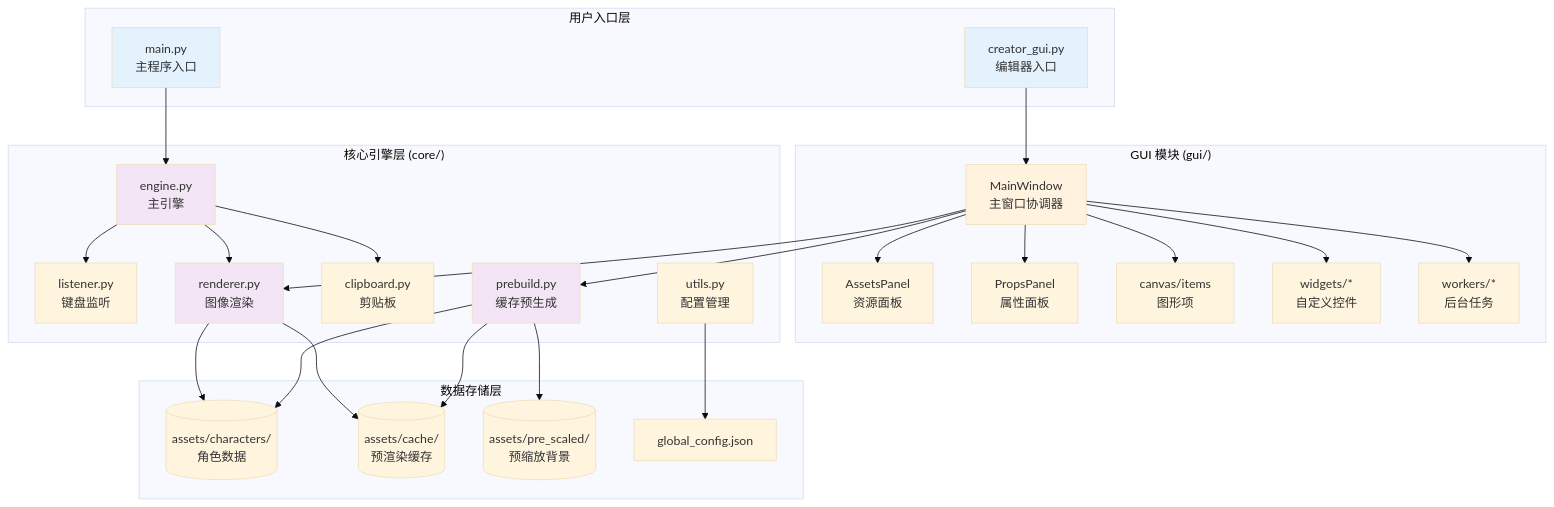
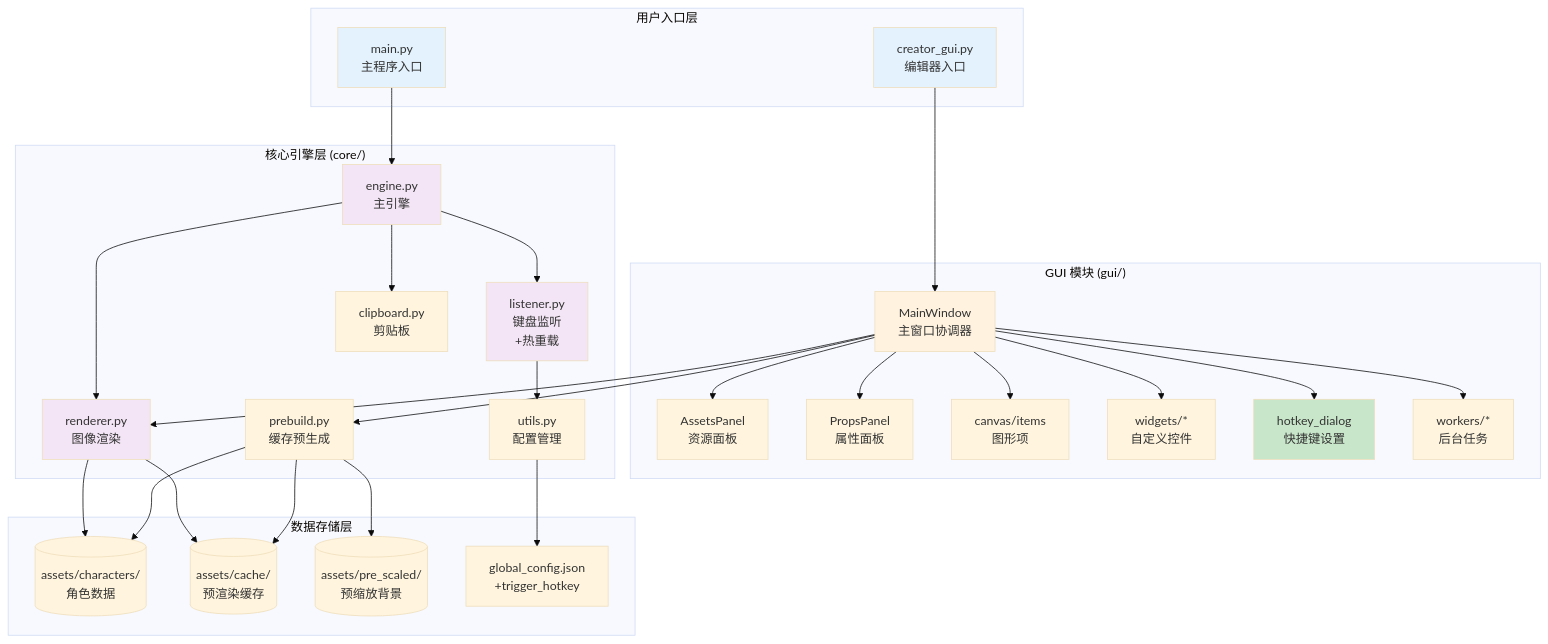
One commit to OuroChival-Shizue/My_Chat_Window_Can_Not_Be_A_GalGame changed the first of 2 diagrams in CLAUDE.md. Above: the diagram before and after it, drawn with Mermaid (base theme). The commit also changed other lines of this file and 7 other files, not shown here.

````diff
--- a/CLAUDE.md
+++ b/CLAUDE.md
@@ -25,58 +31,62 @@
 ```mermaid
 graph TB
     subgraph "用户入口层"
         A[main.py<br/>主程序入口]
         B[creator_gui.py<br/>编辑器入口]
     end
 
     subgraph "GUI 模块 (gui/)"
         C[MainWindow<br/>主窗口协调器]
         D[AssetsPanel<br/>资源面板]
         E[PropsPanel<br/>属性面板]
         F[canvas/items<br/>图形项]
         G[widgets/*<br/>自定义控件]
+        G2[hotkey_dialog<br/>快捷键设置]
         H[workers/*<br/>后台任务]
     end
 
     subgraph "核心引擎层 (core/)"
         I[engine.py<br/>主引擎]
-        J[listener.py<br/>键盘监听]
+        J[listener.py<br/>键盘监听<br/>+热重载]
         K[renderer.py<br/>图像渲染]
         L[clipboard.py<br/>剪贴板]
         M[prebuild.py<br/>缓存预生成]
         N[utils.py<br/>配置管理]
     end
 
     subgraph "数据存储层"
         O[(assets/characters/<br/>角色数据)]
         P[(assets/cache/<br/>预渲染缓存)]
         Q[(assets/pre_scaled/<br/>预缩放背景)]
-        R[global_config.json]
+        R[global_config.json<br/>+trigger_hotkey]
     end
 
     A --> I
     B --> C
     C --> D
     C --> E
     C --> F
     C --> G
+    C --> G2
     C --> H
     C --> K
     C --> M
     I --> J
     I --> K
     I --> L
+    J --> N
     K --> O
     K --> P
     M --> O
     M --> P
     M --> Q
     N --> R
 
     style A fill:#e3f2fd
     style B fill:#e3f2fd
     style C fill:#fff3e0
     style I fill:#f3e5f5
+    style J fill:#f3e5f5
     style K fill:#f3e5f5
-    style M fill:#f3e5f5
+    style G2 fill:#c8e6c9
 ```
````
